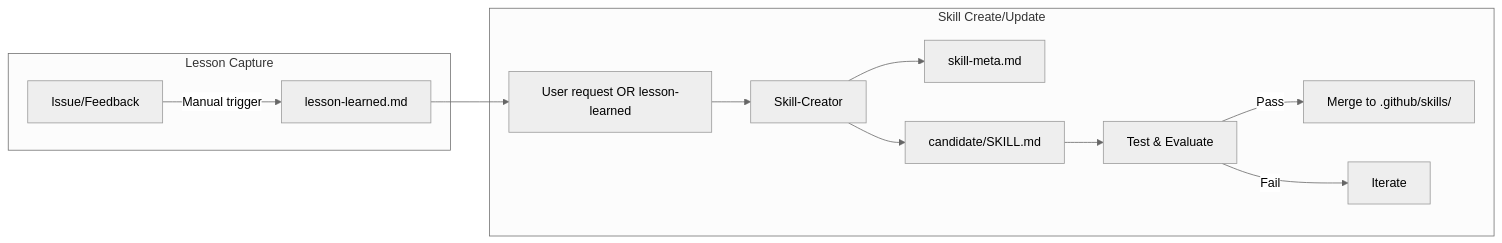
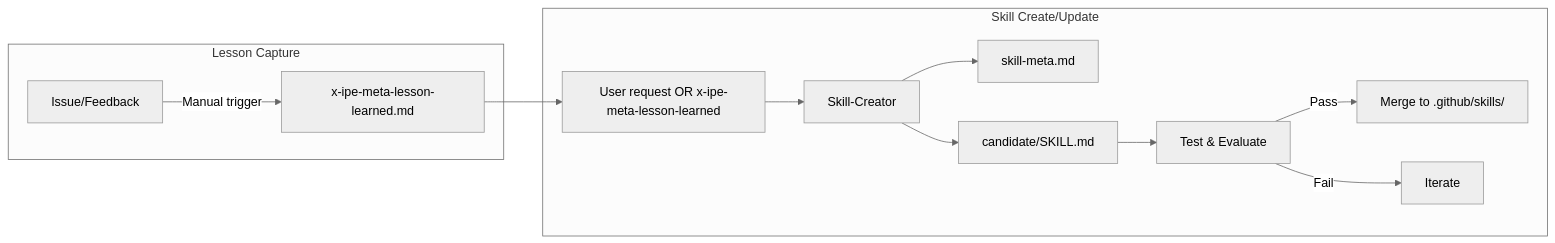
Before and after one commit to Young-Z/X-IPE: the second of 2 diagrams in x-ipe-docs/ideas/011. Feature-Skill Meta/idea-summary-v1.md, drawn with Mermaid (neutral theme). The commit also changed other lines of this file and 322 other files, not shown here.

````diff
--- a/x-ipe-docs/ideas/011. Feature-Skill Meta/idea-summary-v1.md
+++ b/x-ipe-docs/ideas/011. Feature-Skill Meta/idea-summary-v1.md
@@ -266,17 +266,17 @@
 ```mermaid
 flowchart LR
     subgraph Capture["Lesson Capture"]
-        Issue["Issue/Feedback"] -->|Manual trigger| LL["lesson-learned.md"]
+        Issue["Issue/Feedback"] -->|Manual trigger| LL["x-ipe-meta-lesson-learned.md"]
     end
     
     subgraph Create["Skill Create/Update"]
-        Input["User request OR lesson-learned"] --> SC["Skill-Creator"]
+        Input["User request OR x-ipe-meta-lesson-learned"] --> SC["Skill-Creator"]
         SC --> Meta["skill-meta.md"]
         SC --> Candidate["candidate/SKILL.md"]
         Candidate --> Test["Test & Evaluate"]
         Test -->|Pass| Merge["Merge to .github/skills/"]
         Test -->|Fail| Iterate["Iterate"]
     end
     
     LL --> Input
 ```
````
